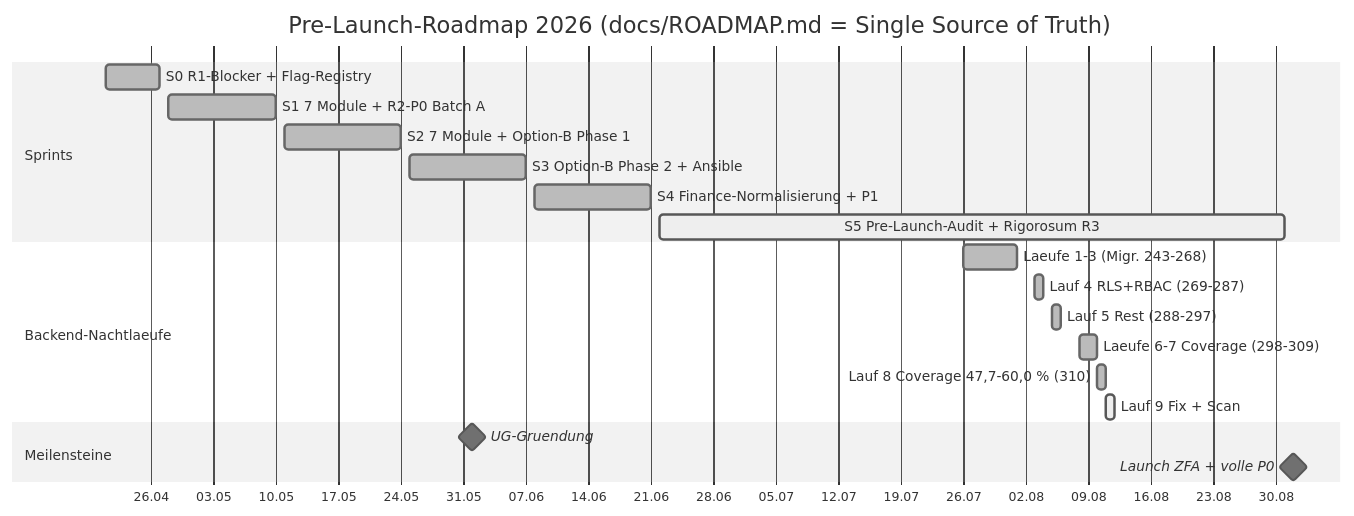
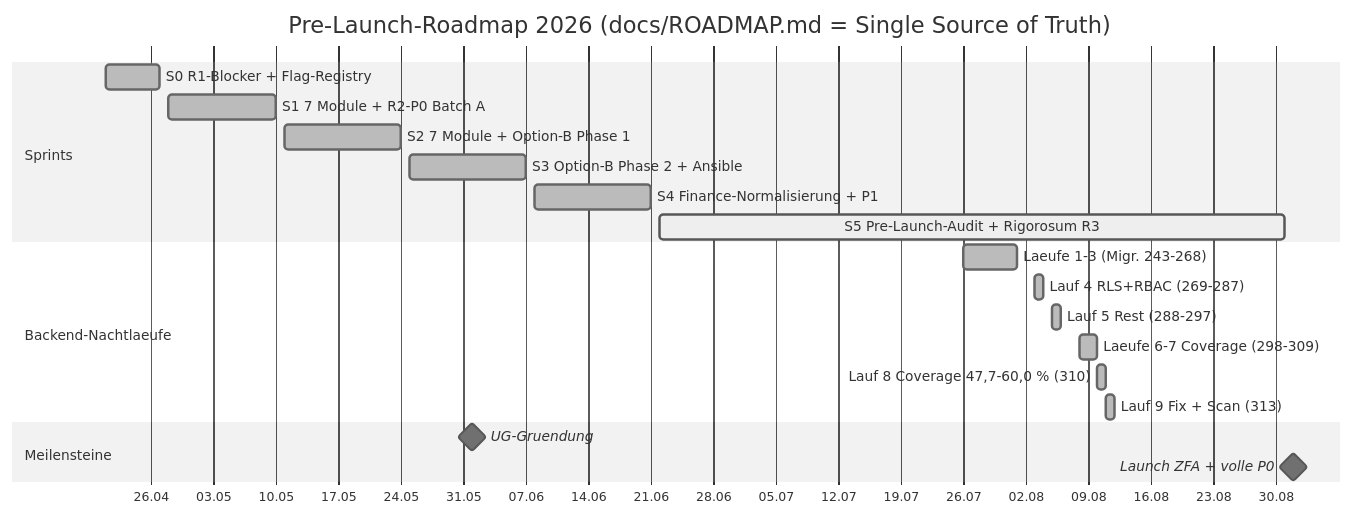
Before and after one commit to Lukes-Git-Beginning/KMU-Hub: the second of 3 diagrams in .planning/status-overview.md, drawn with Mermaid (neutral theme). The commit also changed other lines of this file and 2 other files, not shown here.

````diff
--- a/.planning/status-overview.md
+++ b/.planning/status-overview.md
@@ -124,23 +136,23 @@
 ```mermaid
 gantt
     title Pre-Launch-Roadmap 2026 (docs/ROADMAP.md = Single Source of Truth)
     dateFormat YYYY-MM-DD
     axisFormat %d.%m
     section Sprints
     S0 R1-Blocker + Flag-Registry     :done,   s0, 2026-04-21, 2026-04-27
     S1 7 Module + R2-P0 Batch A       :done,   s1, 2026-04-28, 2026-05-10
     S2 7 Module + Option-B Phase 1    :done,   s2, 2026-05-11, 2026-05-24
     S3 Option-B Phase 2 + Ansible     :done,   s3, 2026-05-25, 2026-06-07
     S4 Finance-Normalisierung + P1    :done,   s4, 2026-06-08, 2026-06-21
     S5 Pre-Launch-Audit + Rigorosum R3 :active, s5, 2026-06-22, 2026-08-31
     section Backend-Nachtlaeufe
     Laeufe 1-3 (Migr. 243-268)        :done,   n1, 2026-07-26, 2026-08-01
     Lauf 4 RLS+RBAC (269-287)         :done,   n4, 2026-08-03, 1d
     Lauf 5 Rest (288-297)             :done,   n5, 2026-08-05, 2026-08-06
     Laeufe 6-7 Coverage (298-309)     :done,   n6, 2026-08-08, 2026-08-10
     Lauf 8 Coverage 47,7-60,0 % (310) :done,   n8, 2026-08-10, 2026-08-11
-    Lauf 9 Fix + Scan                 :active, n9, 2026-08-11, 1d
+    Lauf 9 Fix + Scan (313)           :done,   n9, 2026-08-11, 2026-08-12
     section Meilensteine
     UG-Gruendung          :milestone, m1, 2026-06-01, 0d
     Launch ZFA + volle P0 :milestone, m2, 2026-09-01, 0d
 ```
````
